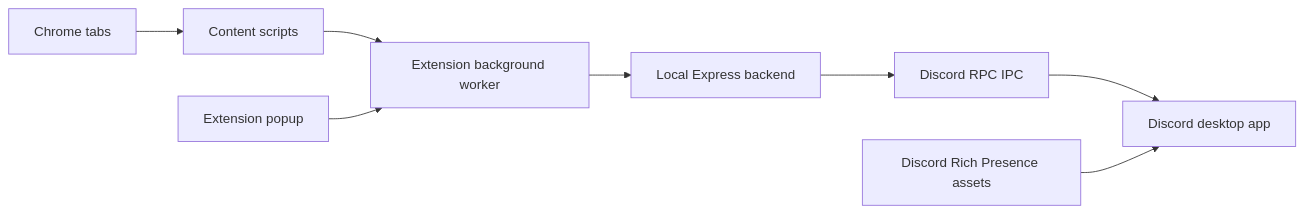
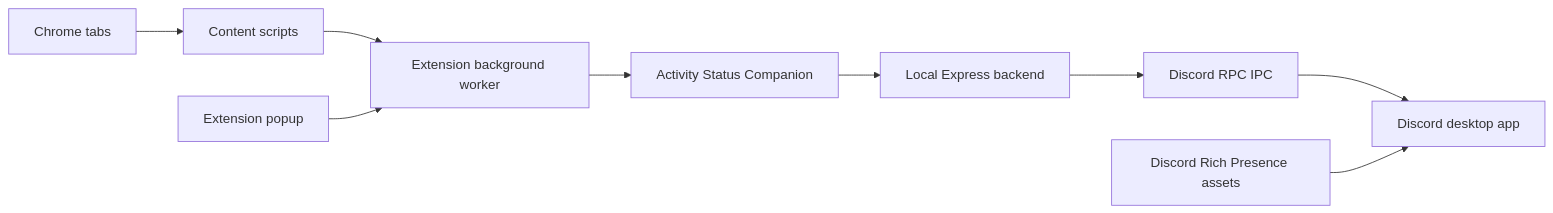
The diagram in README.md (GSUS2K/discord-status), drawn with Mermaid before and after one commit. The commit also changed other lines of this file and 11 other files, not shown here.

Commit message:
Add desktop companion release flow

````diff
--- a/README.md
+++ b/README.md
@@ -250,10 +281,11 @@
 ```mermaid
 flowchart LR
   Browser["Chrome tabs"] --> Content["Content scripts"]
   Content --> Background["Extension background worker"]
   Popup["Extension popup"] --> Background
-  Background --> API["Local Express backend"]
+  Background --> Companion["Activity Status Companion"]
+  Companion --> API["Local Express backend"]
   API --> RPC["Discord RPC IPC"]
   RPC --> Discord["Discord desktop app"]
   Assets["Discord Rich Presence assets"] --> Discord
 ```
````
